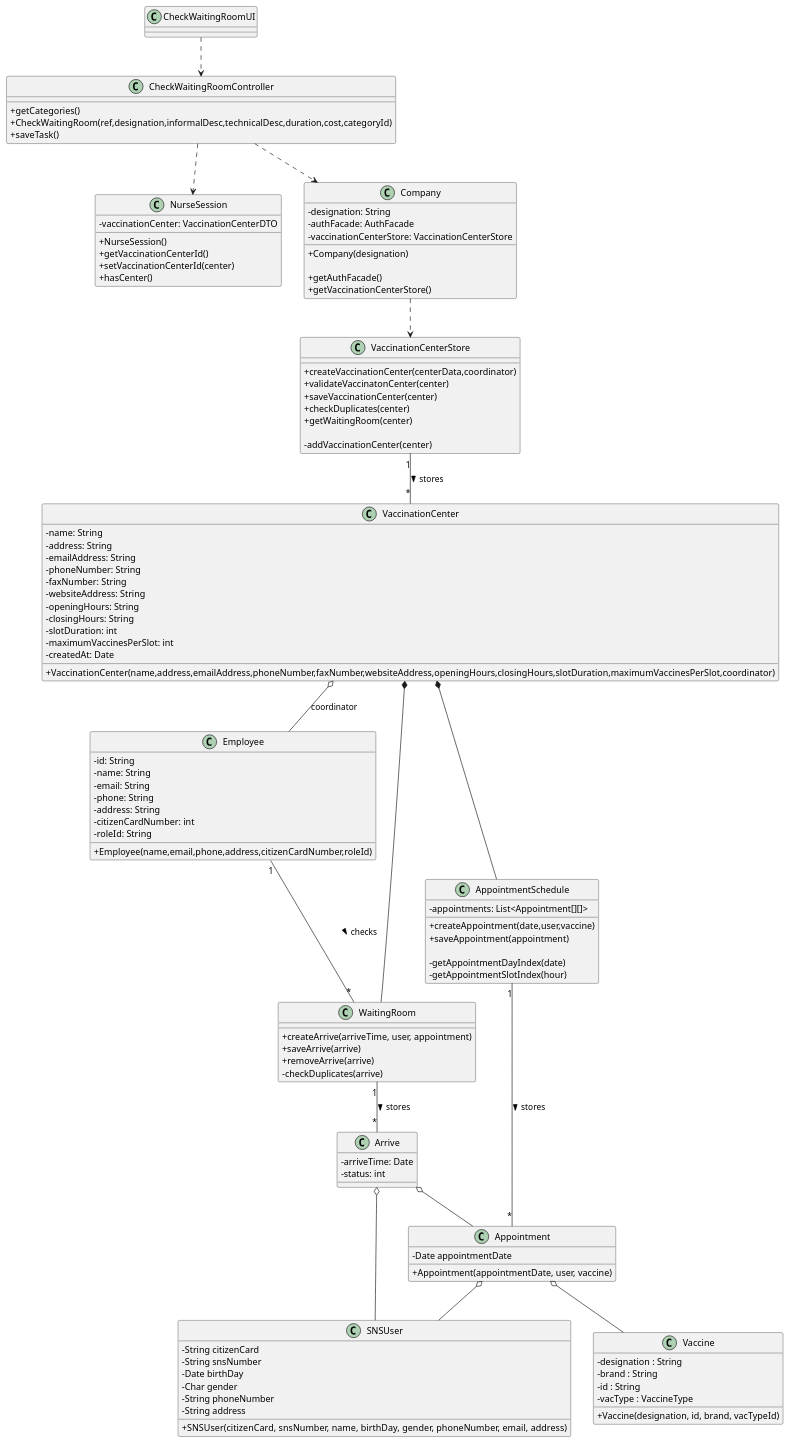
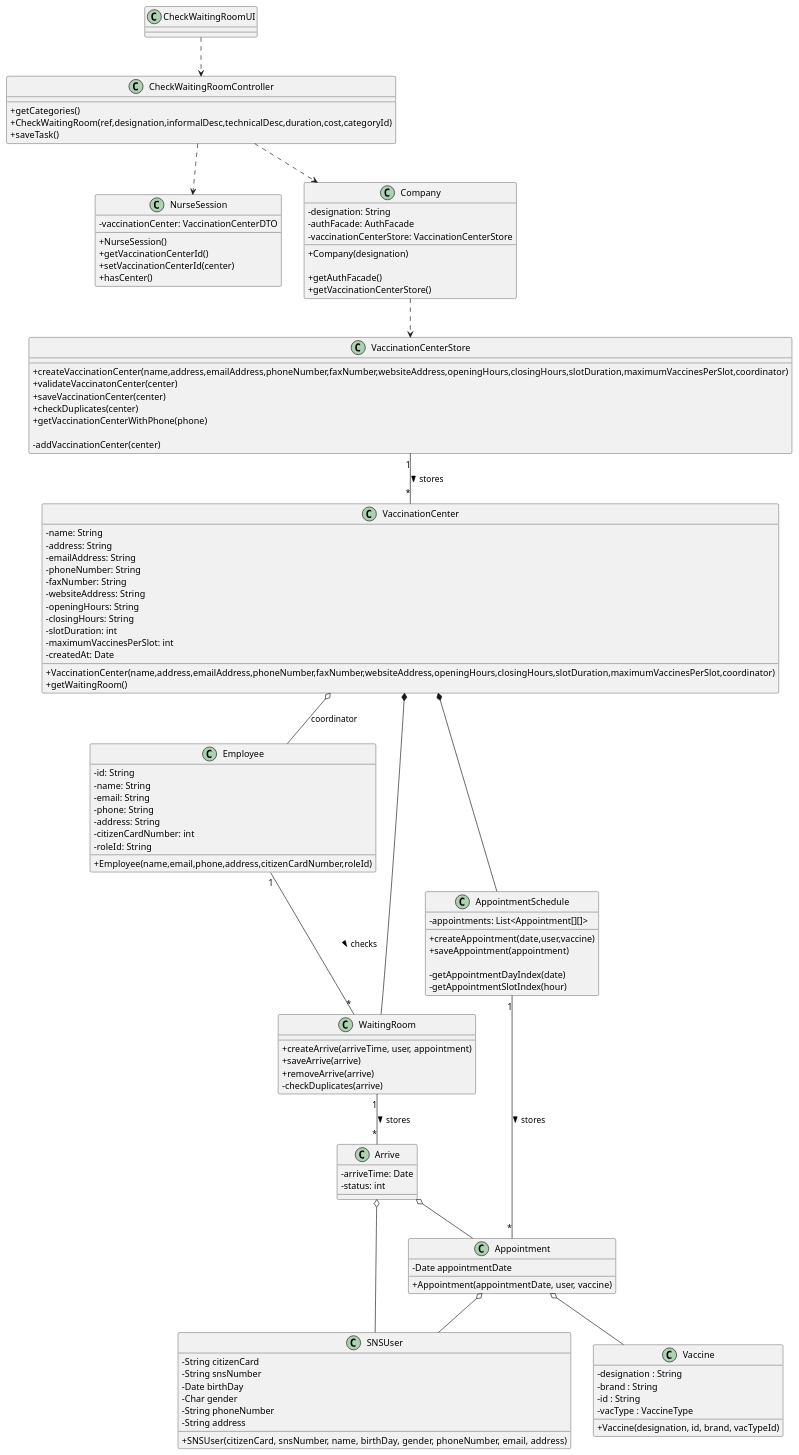
The diagram in docs/SprintC/US05/CD/US05_CD.puml (miseEnPlace-i/lapr2), drawn with PlantUML before and after one commit. The commit also changed 2 other files, not shown here.

```diff
--- a/docs/SprintC/US05/CD/US05_CD.puml
+++ b/docs/SprintC/US05/CD/US05_CD.puml
@@ -1,139 +1,140 @@
 @startuml
 skinparam classAttributeIconSize 0
 
 class Arrive {
   -arriveTime: Date
   -status: int
 }
 
 class NurseSession {
   -vaccinationCenter: VaccinationCenterDTO
 
   + NurseSession()
   + getVaccinationCenterId()
   + setVaccinationCenterId(center)
   + hasCenter()
 }
 
 class Company {
   -designation: String
   -authFacade: AuthFacade
   -vaccinationCenterStore: VaccinationCenterStore
   
   +Company(designation)
 
   +getAuthFacade()
   +getVaccinationCenterStore()
 }
 
 class CheckWaitingRoomController {
   +getCategories()
   +CheckWaitingRoom(ref,designation,informalDesc,technicalDesc,duration,cost,categoryId)
   +saveTask()
 }
 
 class CheckWaitingRoomUI {}
 
 class VaccinationCenter {
   - name: String
   - address: String
   - emailAddress: String
   - phoneNumber: String
   - faxNumber: String
   - websiteAddress: String
   - openingHours: String
   - closingHours: String
   - slotDuration: int
   - maximumVaccinesPerSlot: int
   -createdAt: Date
   
   +VaccinationCenter(name,address,emailAddress,phoneNumber,faxNumber,websiteAddress,openingHours,closingHours,slotDuration,maximumVaccinesPerSlot,coordinator)
+  +getWaitingRoom()
 }
 
 class VaccinationCenterStore {
-  +createVaccinationCenter(centerData,coordinator)
+  +createVaccinationCenter(name,address,emailAddress,phoneNumber,faxNumber,websiteAddress,openingHours,closingHours,slotDuration,maximumVaccinesPerSlot,coordinator)
   +validateVaccinatonCenter(center)
   +saveVaccinationCenter(center)
   +checkDuplicates(center)
-  +getWaitingRoom(center)
+  +getVaccinationCenterWithPhone(phone)
 
   -addVaccinationCenter(center)
 }
 
 class Employee {
   -id: String 
   -name: String 
   -email: String 
   -phone: String 
   -address: String 
   -citizenCardNumber: int 
   -roleId: String 
 
   +Employee(name,email,phone,address,citizenCardNumber,roleId)
 }
 
 class SNSUser {
   - String citizenCard
   - String snsNumber
   - Date birthDay
   - Char gender
   - String phoneNumber
   - String address
   + SNSUser(citizenCard, snsNumber, name, birthDay, gender, phoneNumber, email, address)
 }
 
 class WaitingRoom {
   +createArrive(arriveTime, user, appointment)
   +saveArrive(arrive)
   +removeArrive(arrive)
   -checkDuplicates(arrive)
 }
 
 class AppointmentSchedule {
   -appointments: List<Appointment[][]>
   +createAppointment(date,user,vaccine)
   +saveAppointment(appointment)
 
   -getAppointmentDayIndex(date)
   -getAppointmentSlotIndex(hour)
 }
 
 class Appointment {
   -Date appointmentDate
 
   +Appointment(appointmentDate, user, vaccine)
 }
 
 class Vaccine{
   -designation : String
   -brand : String
   -id : String
   -vacType : VaccineType
 
   +Vaccine(designation, id, brand, vacTypeId)
 }
 
 CheckWaitingRoomUI ..> CheckWaitingRoomController
 CheckWaitingRoomController ..> Company
 
 Arrive o-- SNSUser
 Arrive o-- Appointment
 Appointment o-- SNSUser
 
 VaccinationCenter o-- Employee : coordinator
 VaccinationCenterStore "1" -- "*" VaccinationCenter : stores >
 
 Company ..> VaccinationCenterStore
 
 WaitingRoom "1" -- "*" Arrive : stores >
 
 Employee "1" -- "*" WaitingRoom : checks >
 VaccinationCenter *-- WaitingRoom
 
 CheckWaitingRoomController ..> NurseSession
 
 AppointmentSchedule "1" -- "*" Appointment : stores >
 VaccinationCenter *-- AppointmentSchedule
 Appointment o-- Vaccine
 
 @enduml
```
